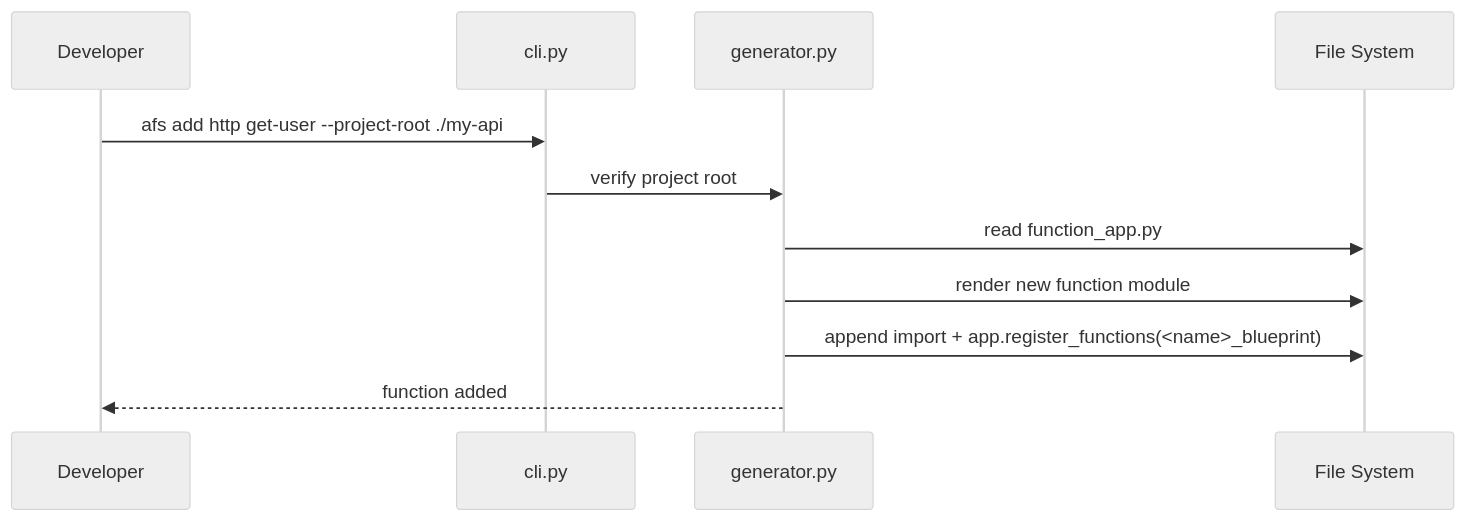
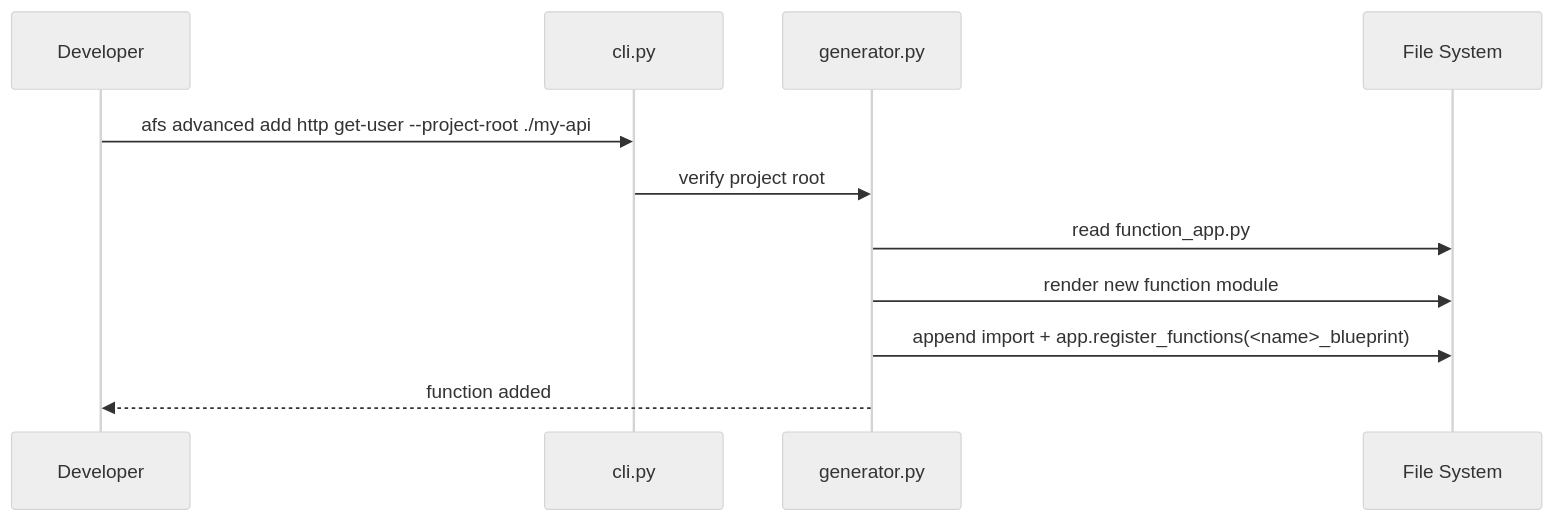
One commit to yeongseon/azure-functions-scaffold-python changed the third of 4 diagrams in docs/reference/architecture.md. Above: the diagram before and after it, drawn with Mermaid (neutral theme). The commit also changed other lines of this file and 1 other file, not shown here.

First line of the commit message:
docs(reference): document include_azd and fix deprecated afs add flow

````diff
--- a/docs/reference/architecture.md
+++ b/docs/reference/architecture.md
@@ -144,14 +144,14 @@
 ```mermaid
 sequenceDiagram
     participant Dev as Developer
     participant CLI as cli.py
     participant GEN as generator.py
     participant FS as File System
 
-    Dev->>CLI: afs add http get-user --project-root ./my-api
+    Dev->>CLI: afs advanced add http get-user --project-root ./my-api
     CLI->>GEN: verify project root
     GEN->>FS: read function_app.py
     GEN->>FS: render new function module
     GEN->>FS: append import + app.register_functions(<name>_blueprint)
     GEN-->>Dev: function added
 ```
````
